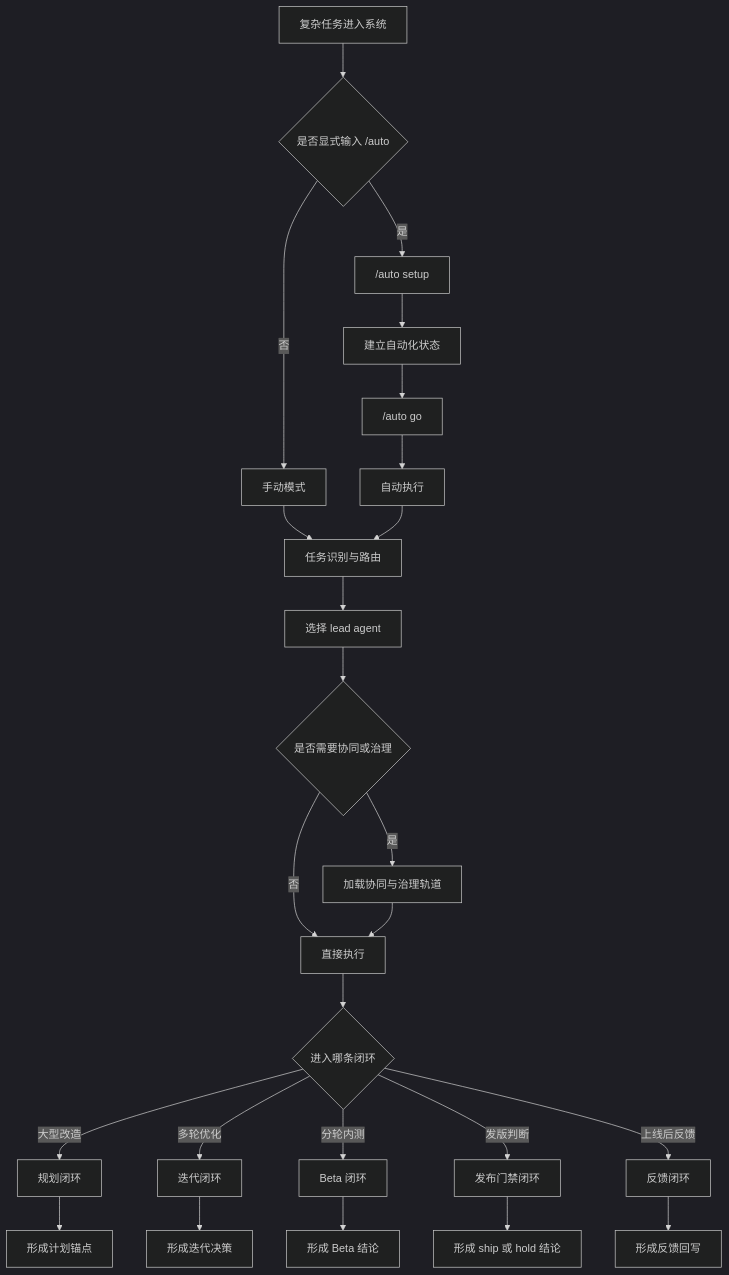
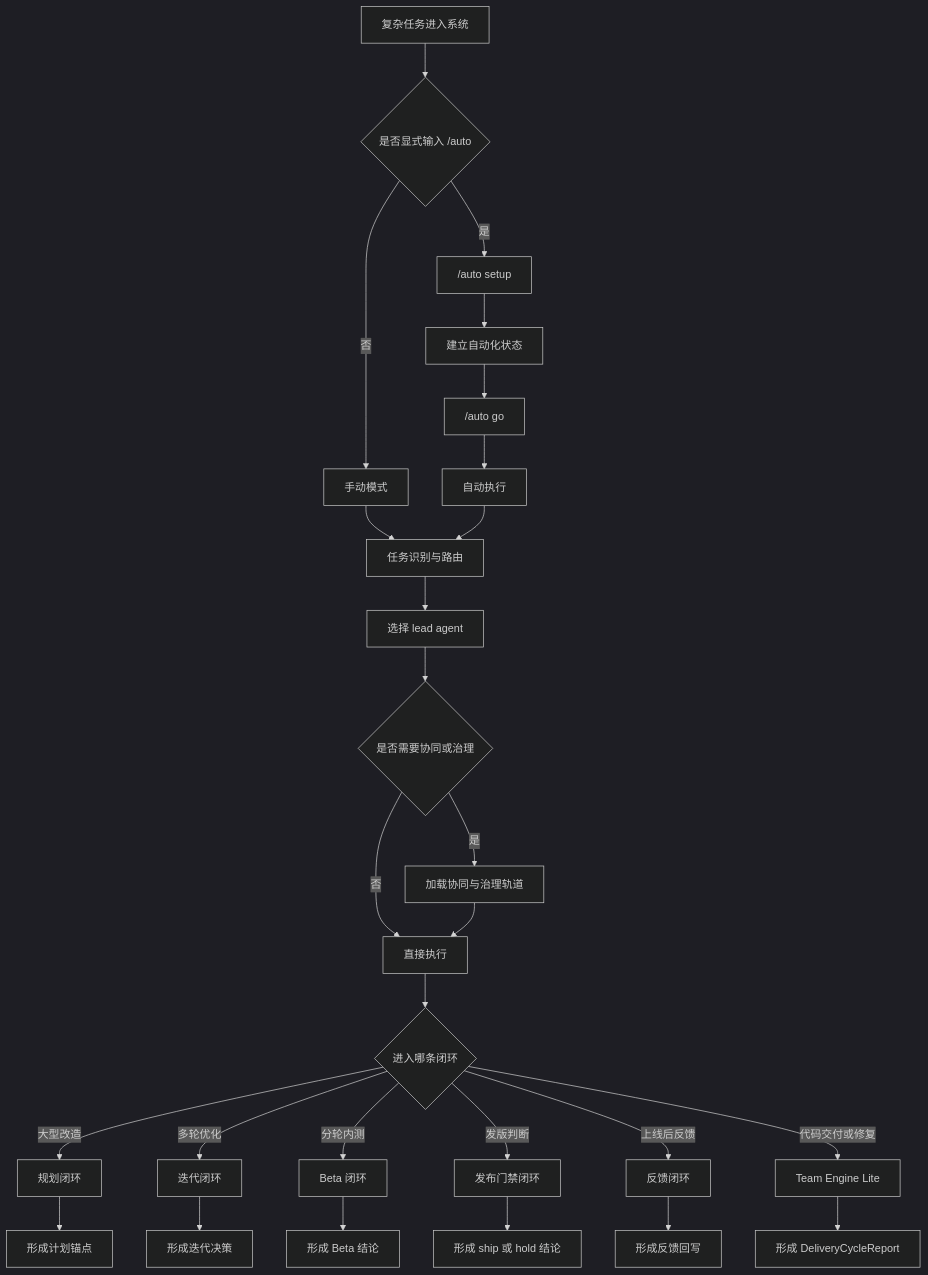
The diagram in docs/design-philosophy.md (fxbin/virtual-intelligent-dev-team), drawn with Mermaid (dark theme) before and after one commit. The commit also changed other lines of this file and 10 other files, not shown here.

````diff
--- a/docs/design-philosophy.md
+++ b/docs/design-philosophy.md
@@ -25,27 +26,29 @@
 ```mermaid
 flowchart TD
     A[复杂任务进入系统] --> B{是否显式输入 /auto}
     B -- 否 --> C[手动模式]
     B -- 是 --> D["/auto setup"]
     D --> E[建立自动化状态]
     E --> F["/auto go"]
     F --> G[自动执行]
     C --> H[任务识别与路由]
     G --> H
     H --> I[选择 lead agent]
     I --> J{是否需要协同或治理}
     J -- 是 --> K[加载协同与治理轨道]
     J -- 否 --> L[直接执行]
     K --> L
     L --> M{进入哪条闭环}
     M -- 大型改造 --> N[规划闭环]
     M -- 多轮优化 --> O[迭代闭环]
     M -- 分轮内测 --> P[Beta 闭环]
     M -- 发版判断 --> Q[发布门禁闭环]
     M -- 上线后反馈 --> R[反馈闭环]
+    M -- 代码交付或修复 --> X[Team Engine Lite]
     N --> S[形成计划锚点]
     O --> T[形成迭代决策]
     P --> U[形成 Beta 结论]
     Q --> V[形成 ship 或 hold 结论]
     R --> W[形成反馈回写]
+    X --> Y[形成 DeliveryCycleReport]
 ```
````
